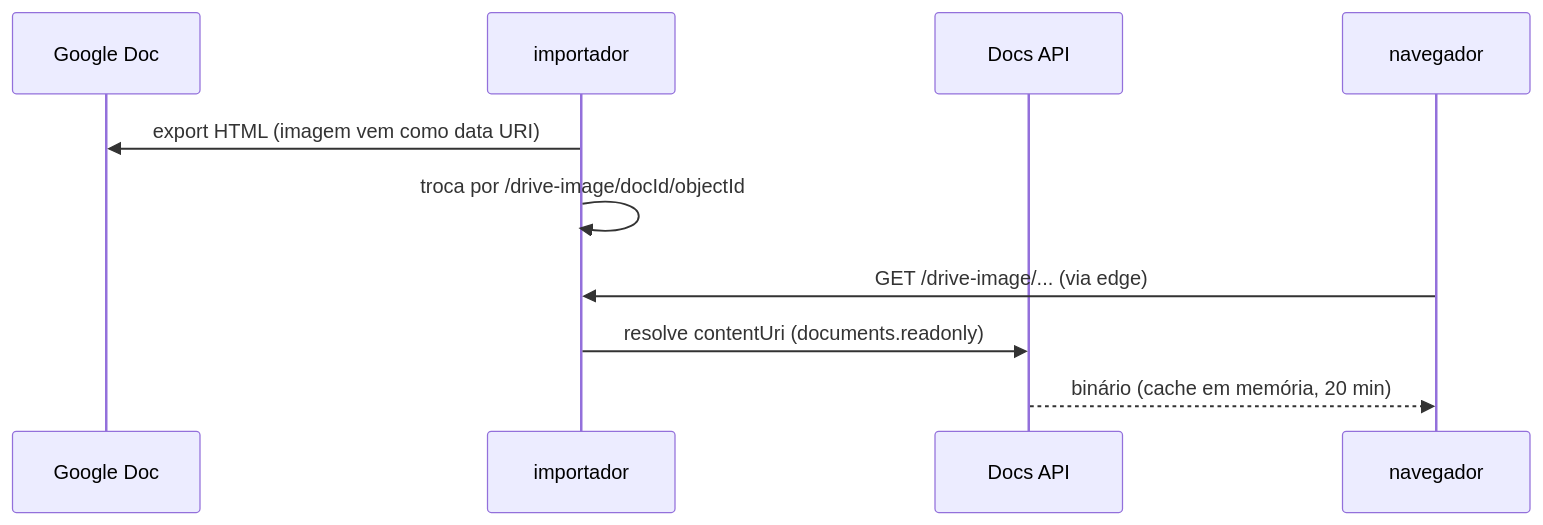
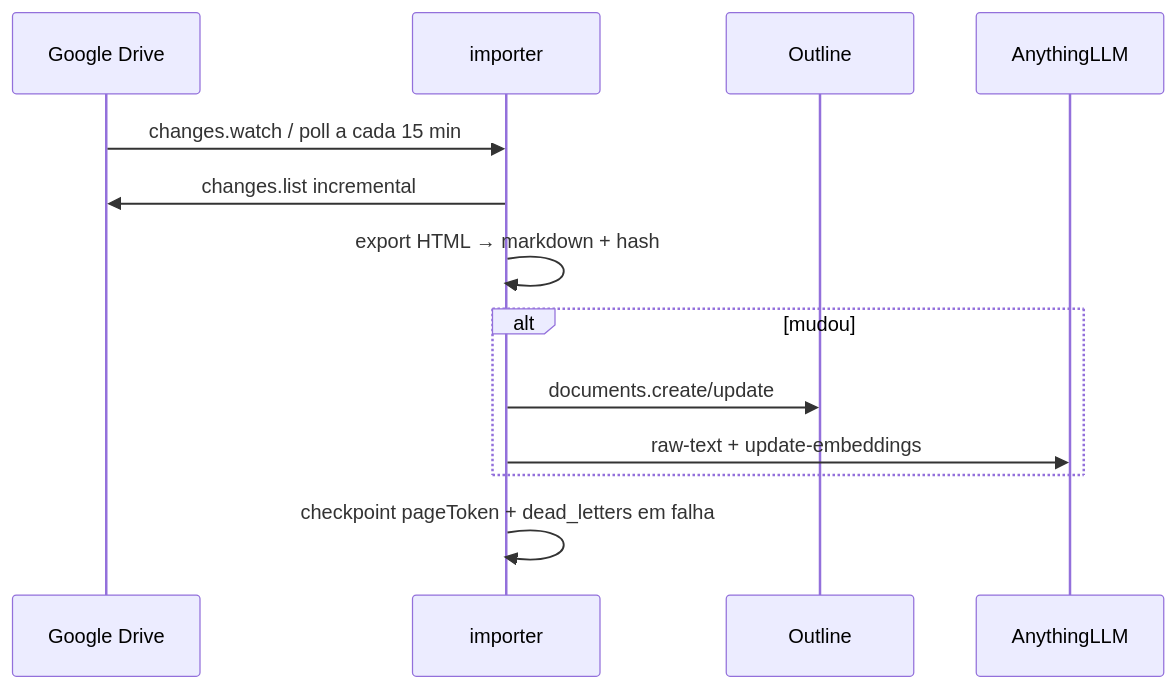
Before and after one commit to eajdias/Outline-GDrive-Wiki: the third of 4 diagrams in docs/architecture.md, drawn with Mermaid. The commit also changed other lines of this file and 10 other files, not shown here.

````diff
--- a/docs/architecture.md
+++ b/docs/architecture.md
@@ -54,12 +67,15 @@
 ```mermaid
 sequenceDiagram
-    participant Doc as Google Doc
-    participant Imp as importador
-    participant API as Docs API
-    participant Nav as navegador
-    Imp->>Doc: export HTML (imagem vem como data URI)
-    Imp->>Imp: troca por /drive-image/docId/objectId
-    Nav->>Imp: GET /drive-image/... (via edge)
-    Imp->>API: resolve contentUri (documents.readonly)
-    API-->>Nav: binário (cache em memória, 20 min)
+    participant Drive as Google Drive
+    participant Imp as importer
+    participant Out as Outline
+    participant Rag as AnythingLLM
+    Drive->>Imp: changes.watch / poll a cada 15 min
+    Imp->>Drive: changes.list incremental
+    Imp->>Imp: export HTML → markdown + hash
+    alt mudou
+        Imp->>Out: documents.create/update
+        Imp->>Rag: raw-text + update-embeddings
+    end
+    Imp->>Imp: checkpoint pageToken + dead_letters em falha
 ```
````
